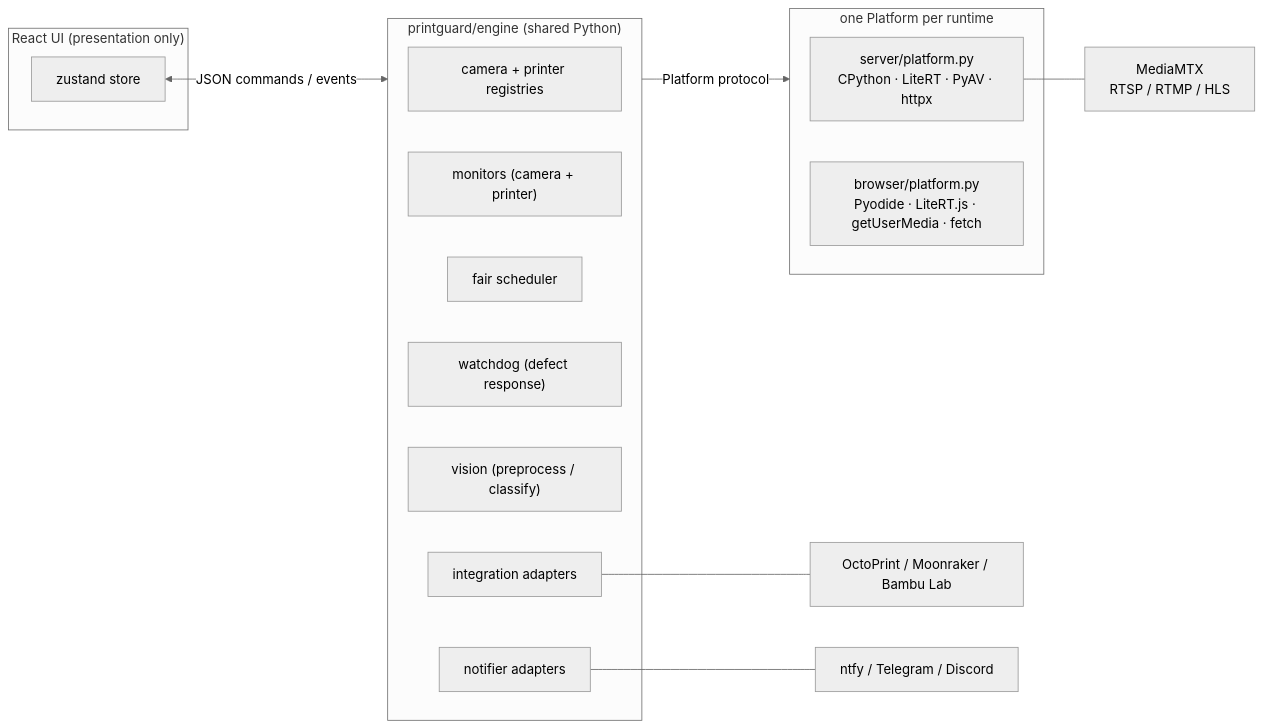
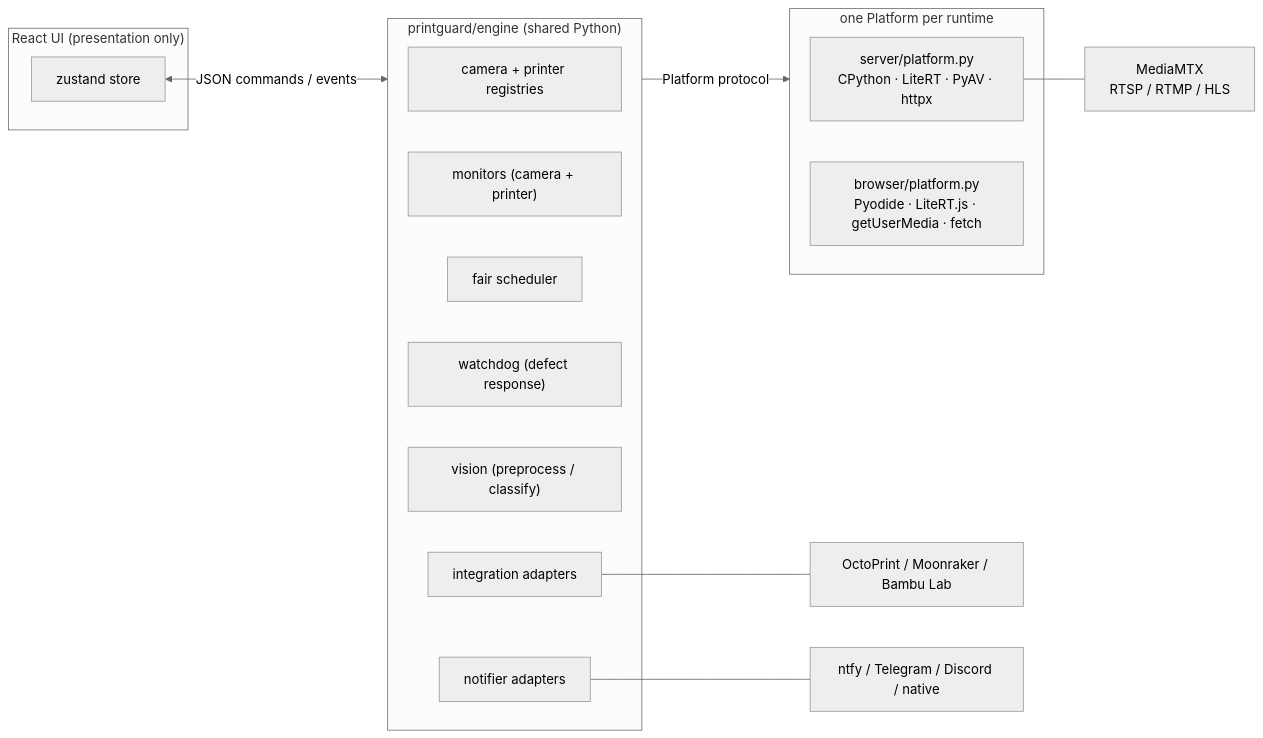
One commit to dwongdev/PrintGuard changed the first of 2 diagrams in docs/architecture.md. Above: the diagram before and after it, drawn with Mermaid (neutral theme). The commit also changed other lines of this file and 12 other files, not shown here.

````diff
--- a/docs/architecture.md
+++ b/docs/architecture.md
@@ -8,29 +8,29 @@
 ```mermaid
 flowchart LR
     subgraph UI["React UI (presentation only)"]
         store["zustand store"]
     end
 
     store <-- "JSON commands / events" --> engine
 
     subgraph engine["printguard/engine (shared Python)"]
         registry["camera + printer registries"]
         monitors["monitors (camera + printer)"]
         scheduler["fair scheduler"]
         watchdog["watchdog (defect response)"]
         vision["vision (preprocess / classify)"]
         integrations["integration adapters"]
         notifiers["notifier adapters"]
     end
 
     engine -- "Platform protocol" --> platform
 
     subgraph platform["one Platform per runtime"]
         server["server/platform.py<br/>CPython · LiteRT · PyAV · httpx"]
         browser["browser/platform.py<br/>Pyodide · LiteRT.js · getUserMedia · fetch"]
     end
 
     server --- mediamtx["MediaMTX<br/>RTSP / RTMP / HLS"]
     integrations --- printersvc["OctoPrint / Moonraker / Bambu Lab"]
-    notifiers --- push["ntfy / Telegram / Discord"]
+    notifiers --- push["ntfy / Telegram / Discord / native"]
 ```
````
